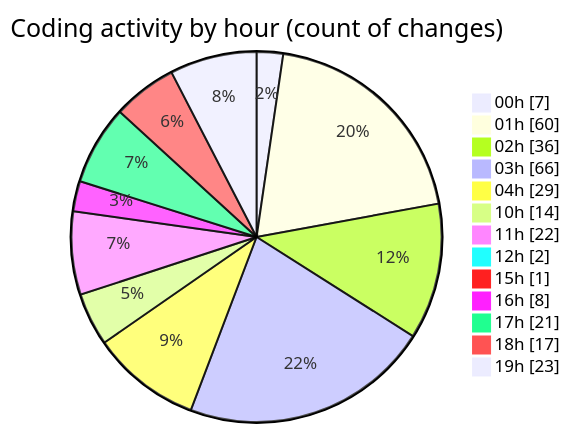
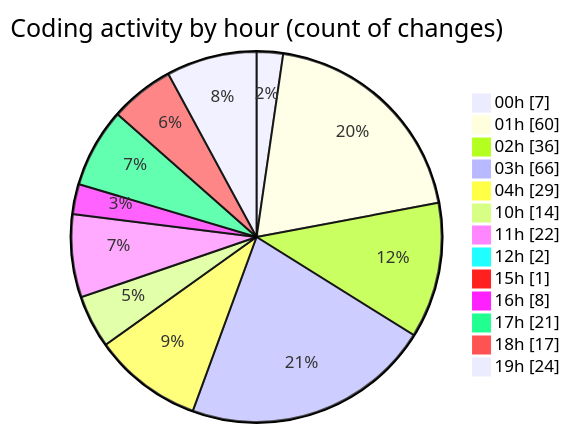
Before and after one commit to julien-gomy/code-tracking: the second of 2 diagrams in 2025-10-07/eventscop-frontend-guide__workspace_/README.md, drawn with Mermaid. The commit also changed other lines of this file and 1 other file, not shown here.

````diff
--- a/2025-10-07/eventscop-frontend-guide__workspace_/README.md
+++ b/2025-10-07/eventscop-frontend-guide__workspace_/README.md
@@ -111,17 +111,17 @@
 ```mermaid
 pie showData
 title Coding activity by hour (count of changes)
 "00h" : 7
 "01h" : 60
 "02h" : 36
 "03h" : 66
 "04h" : 29
 "10h" : 14
 "11h" : 22
 "12h" : 2
 "15h" : 1
 "16h" : 8
 "17h" : 21
 "18h" : 17
-"19h" : 23
+"19h" : 24
 ```
````
